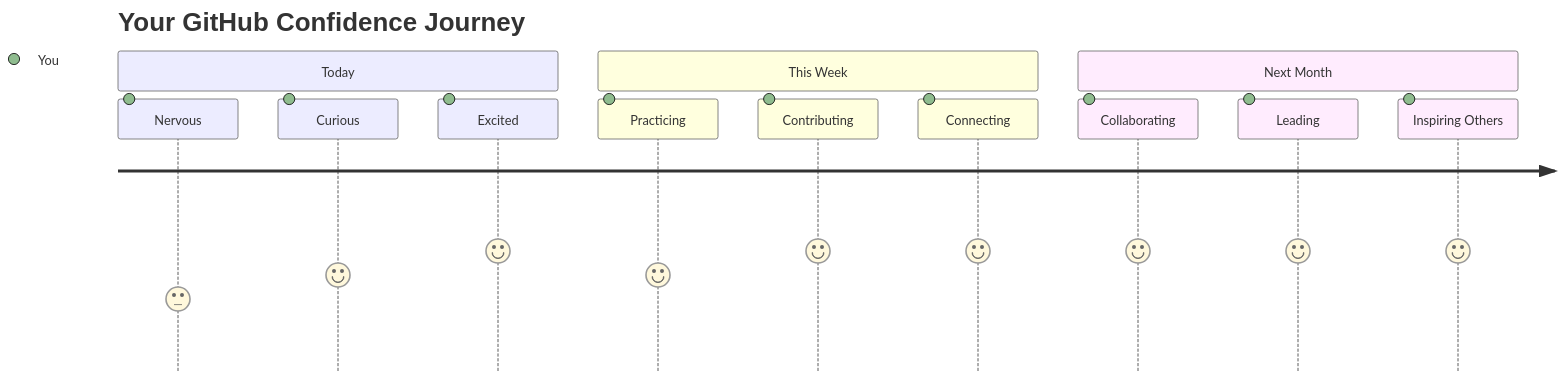
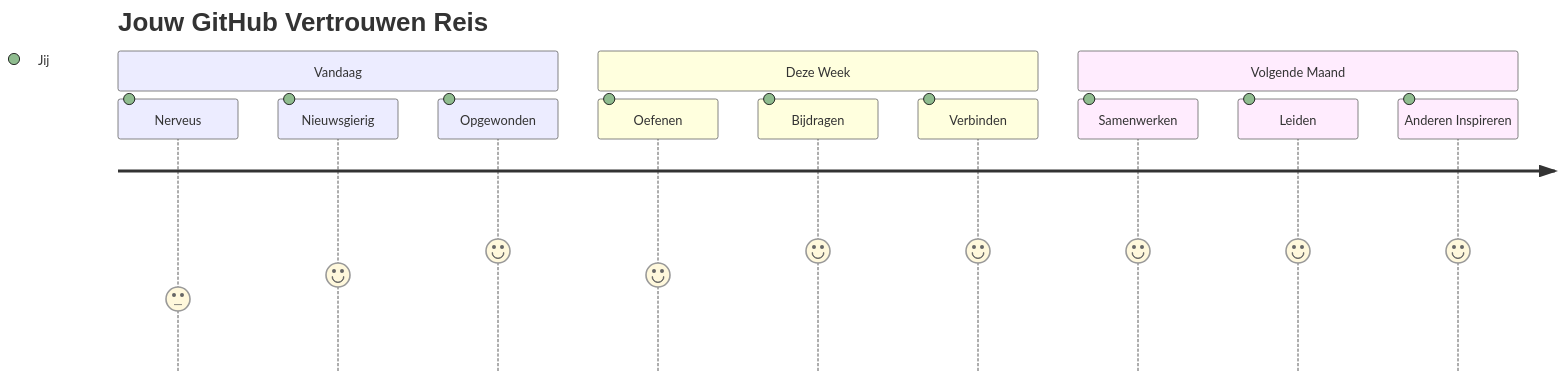
The seventh of 7 diagrams in translations/nl/1-getting-started-lessons/2-github-basics/README.md (microsoft/Web-Dev-For-Beginners), drawn with Mermaid before and after one commit. The commit also changed other lines of this file and 17 other files, not shown here.

````diff
--- a/translations/nl/1-getting-started-lessons/2-github-basics/README.md
+++ b/translations/nl/1-getting-started-lessons/2-github-basics/README.md
@@ -757,16 +750,16 @@
 ```mermaid
 journey
-    title Your GitHub Confidence Journey
-    section Today
-      Nervous: 3: You
-      Curious: 4: You
-      Excited: 5: You
-    section This Week
-      Practicing: 4: You
-      Contributing: 5: You
-      Connecting: 5: You
-    section Next Month
-      Collaborating: 5: You
-      Leading: 5: You
-      Inspiring Others: 5: You
+    title Jouw GitHub Vertrouwen Reis
+    section Vandaag
+      Nerveus: 3: Jij
+      Nieuwsgierig: 4: Jij
+      Opgewonden: 5: Jij
+    section Deze Week
+      Oefenen: 4: Jij
+      Bijdragen: 5: Jij
+      Verbinden: 5: Jij
+    section Volgende Maand
+      Samenwerken: 5: Jij
+      Leiden: 5: Jij
+      Anderen Inspireren: 5: Jij
 ```
````
